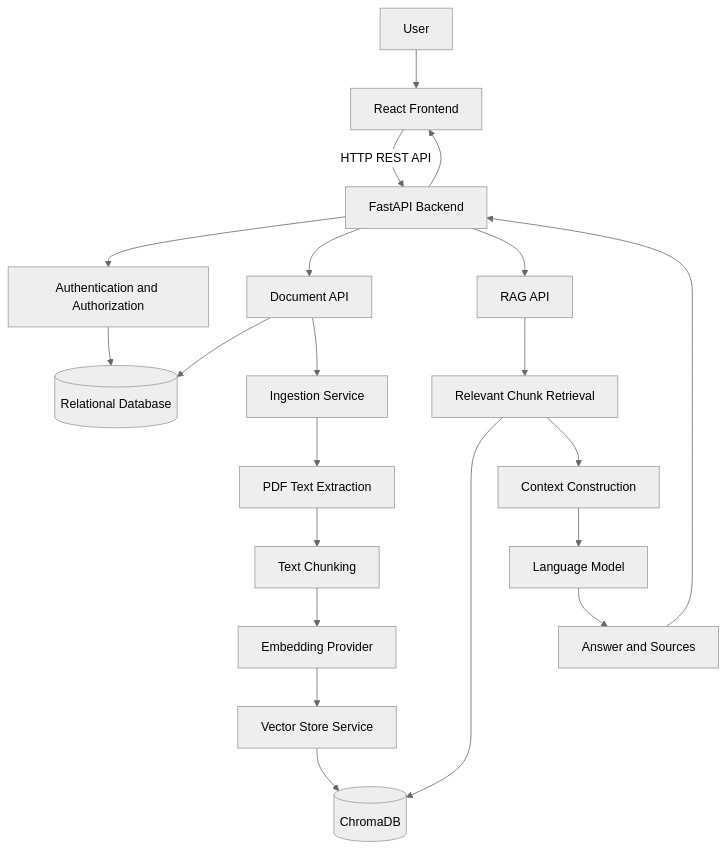
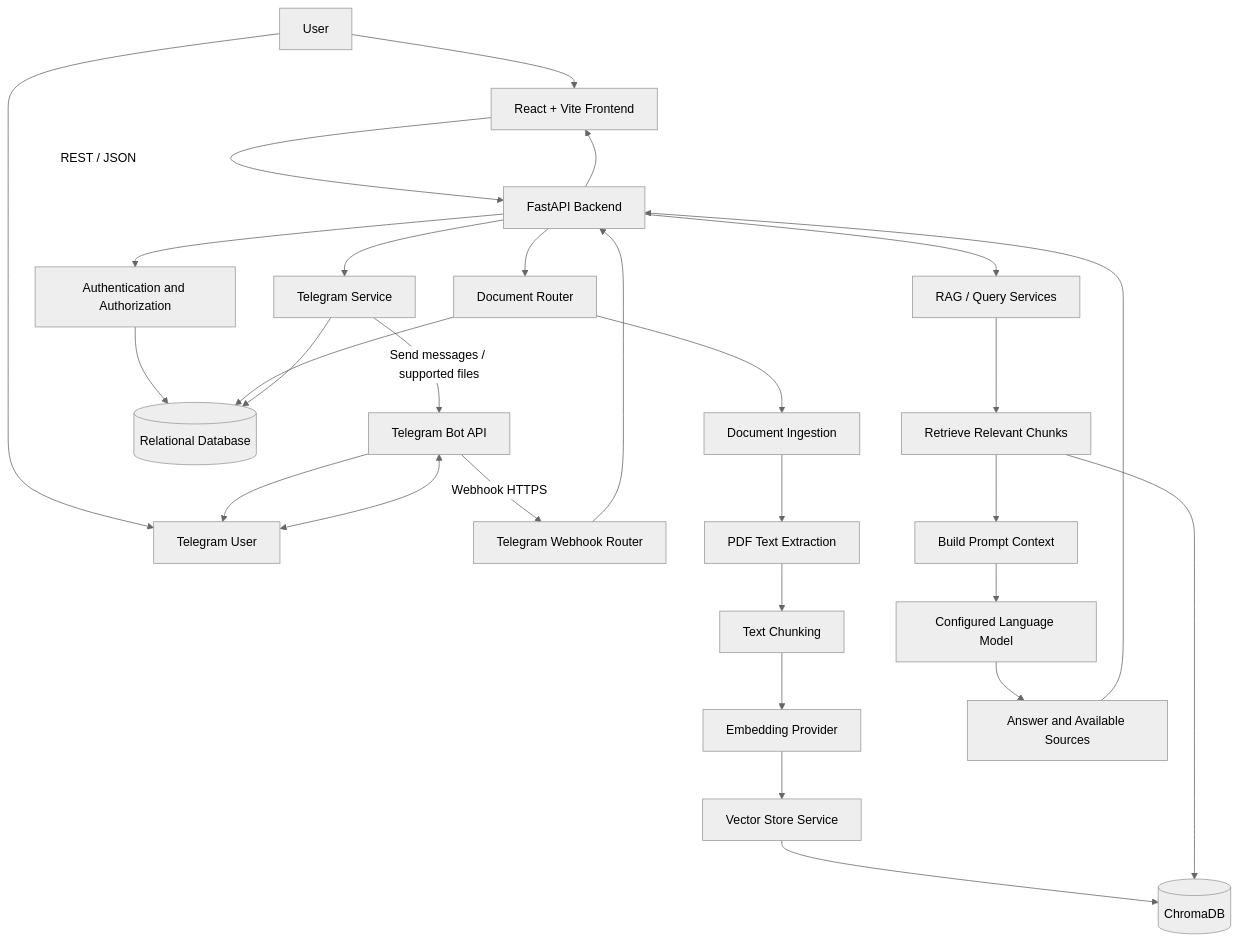
One commit to utkarsh-0106/JANGO-System changed the first of 2 diagrams in README.md. Above: the diagram before and after it, drawn with Mermaid (neutral theme). The commit also changed other lines of this file, not shown here.

Commit message:
docs: update README for Telegram architecture

````diff
--- a/README.md
+++ b/README.md
@@ -30,27 +79,37 @@
 ```mermaid
 flowchart TD
-    USER[User] --> FRONTEND[React Frontend]
-    FRONTEND -->|HTTP REST API| API[FastAPI Backend]
+    USER[User] --> WEB[React + Vite Frontend]
+    USER --> TGUSER[Telegram User]
+
+    WEB -->|REST / JSON| API[FastAPI Backend]
+    TGUSER <--> BOT[Telegram Bot API]
+    BOT -->|Webhook HTTPS| TGH[Telegram Webhook Router]
+    TGH --> API
 
     API --> AUTH[Authentication and Authorization]
-    API --> DOCS[Document API]
-    API --> RAG[RAG API]
+    API --> DOCS[Document Router]
+    API --> RAG[RAG / Query Services]
+    API --> TGS[Telegram Service]
 
     AUTH --> SQL[(Relational Database)]
     DOCS --> SQL
-    DOCS --> INGEST[Ingestion Service]
+    TGS --> SQL
 
-    INGEST --> PDF[PDF Text Extraction]
-    PDF --> CHUNK[Text Chunking]
+    DOCS --> INGEST[Document Ingestion]
+    INGEST --> EXTRACT[PDF Text Extraction]
+    EXTRACT --> CHUNK[Text Chunking]
     CHUNK --> EMBED[Embedding Provider]
-    EMBED --> VECTOR[Vector Store Service]
-    VECTOR --> CHROMA[(ChromaDB)]
+    EMBED --> VS[Vector Store Service]
+    VS --> CHROMA[(ChromaDB)]
 
-    RAG --> RETRIEVE[Relevant Chunk Retrieval]
+    RAG --> RETRIEVE[Retrieve Relevant Chunks]
     RETRIEVE --> CHROMA
-    RETRIEVE --> CONTEXT[Context Construction]
-    CONTEXT --> LLM[Language Model]
-    LLM --> ANSWER[Answer and Sources]
+    RETRIEVE --> CONTEXT[Build Prompt Context]
+    CONTEXT --> LLM[Configured Language Model]
+    LLM --> ANSWER[Answer and Available Sources]
+
     ANSWER --> API
-    API --> FRONTEND
+    API --> WEB
+    TGS -->|Send messages / supported files| BOT
+    BOT --> TGUSER
 ```
````
